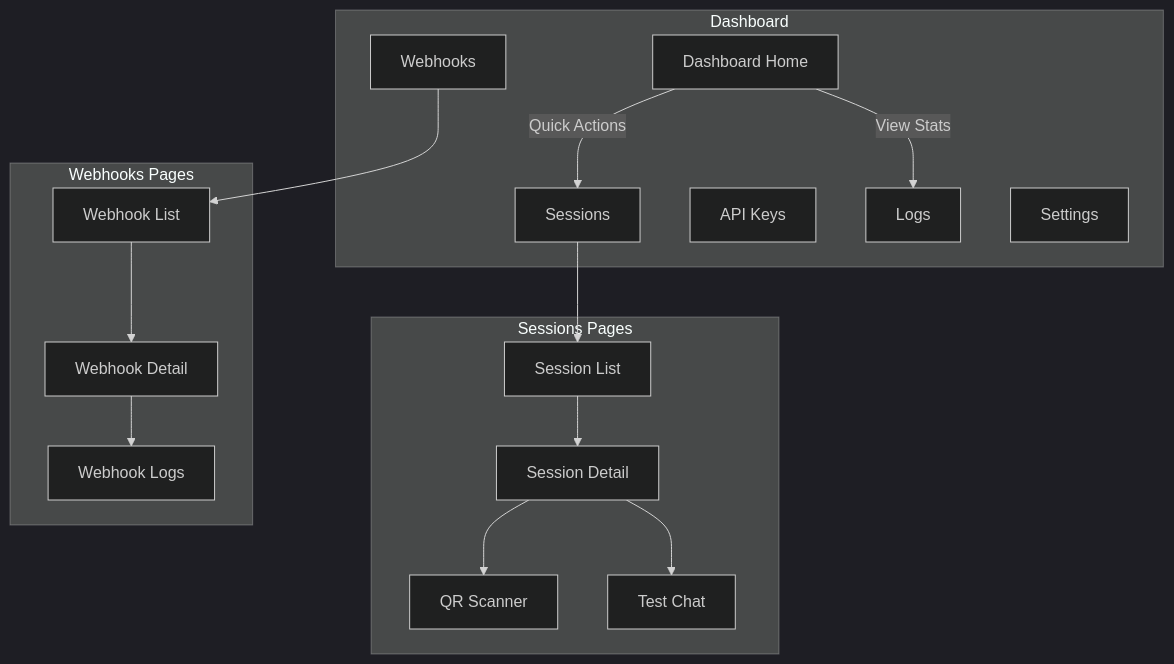
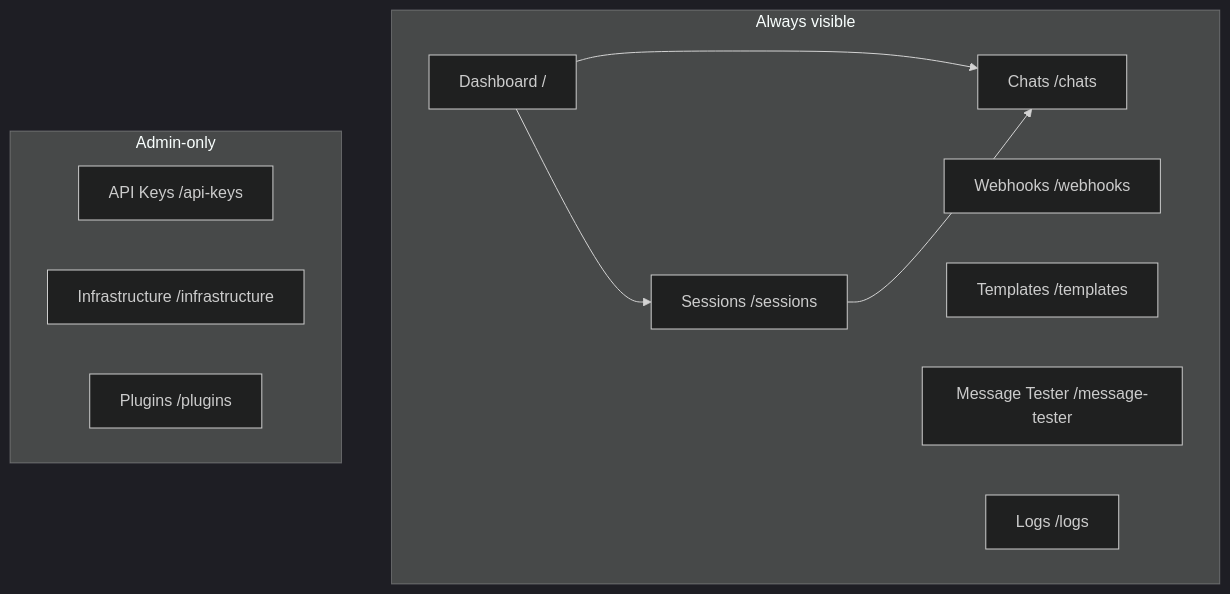
Before and after one commit to nourayman21k/OpenWA: the second of 2 diagrams in docs/17-dashboard-design.md, drawn with Mermaid (dark theme). The commit also changed other lines of this file and 13 other files, not shown here.

````diff
--- a/docs/17-dashboard-design.md
+++ b/docs/17-dashboard-design.md
@@ -44,36 +54,22 @@
 ```mermaid
 flowchart TB
-    subgraph Dashboard
-        HOME[Dashboard Home]
-        SESSIONS[Sessions]
-        WEBHOOKS[Webhooks]
-        APIKEYS[API Keys]
-        LOGS[Logs]
-        SETTINGS[Settings]
+    subgraph "Always visible"
+        HOME[Dashboard /]
+        SESSIONS[Sessions /sessions]
+        CHATS[Chats /chats]
+        WEBHOOKS[Webhooks /webhooks]
+        TEMPLATES[Templates /templates]
+        TESTER[Message Tester /message-tester]
+        LOGS[Logs /logs]
     end
 
-    HOME --> |Quick Actions| SESSIONS
-    HOME --> |View Stats| LOGS
-
-    subgraph Sessions Pages
-        LIST[Session List]
-        DETAIL[Session Detail]
-        QR[QR Scanner]
-        CHAT[Test Chat]
+    subgraph "Admin-only"
+        APIKEYS[API Keys /api-keys]
+        INFRA[Infrastructure /infrastructure]
+        PLUGINS[Plugins /plugins]
     end
 
-    SESSIONS --> LIST
-    LIST --> DETAIL
-    DETAIL --> QR
-    DETAIL --> CHAT
-
-    subgraph Webhooks Pages
-        WH_LIST[Webhook List]
-        WH_DETAIL[Webhook Detail]
-        WH_LOGS[Webhook Logs]
-    end
-
-    WEBHOOKS --> WH_LIST
-    WH_LIST --> WH_DETAIL
-    WH_DETAIL --> WH_LOGS
+    HOME --> SESSIONS
+    HOME --> CHATS
+    SESSIONS --> CHATS
 ```
````
